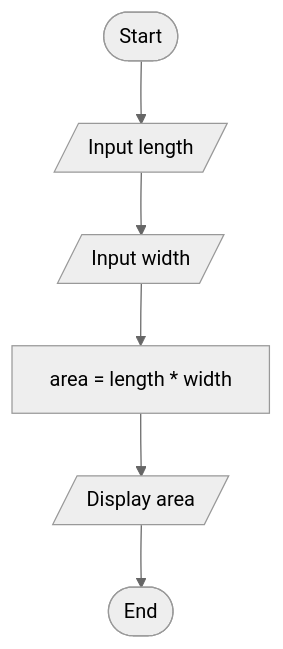
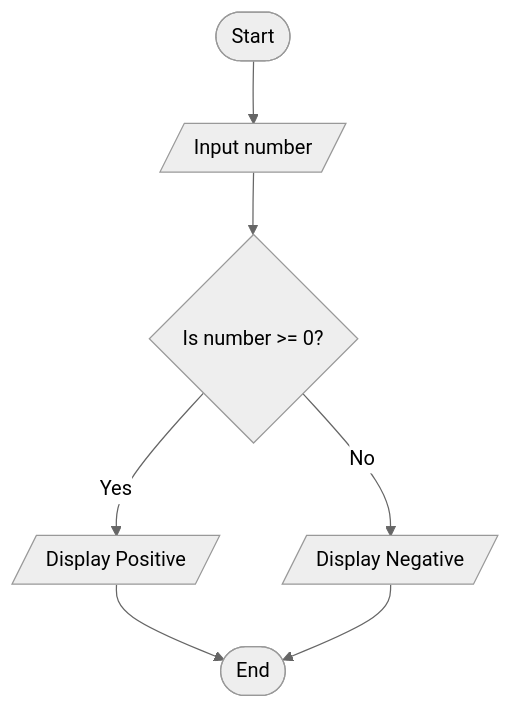
One commit to a4byv/CPP-102---WEEK-2_BUENO changed the diagram in Flowchart 3.MD. Above: the diagram before and after it, drawn with Mermaid (neutral theme).

Commit message:
add week 2 problem solving activities

````diff
--- a/Flowchart 3.MD
+++ b/Flowchart 3.MD
@@ -1,8 +1,9 @@
 ```mermaid
 flowchart TD
-A([Start]) --> B[/Input length/]
-B --> C[/Input width/]
-C --> D[area = length * width]
-D --> E[/Display area/]
-E --> F([End])
+A([Start]) --> B[/Input number/]
+B --> C{Is number >= 0?}
+C -- Yes --> D[/Display Positive/]
+C -- No --> E[/Display Negative/]
+D --> F([End])
+E --> F
 ```
````
